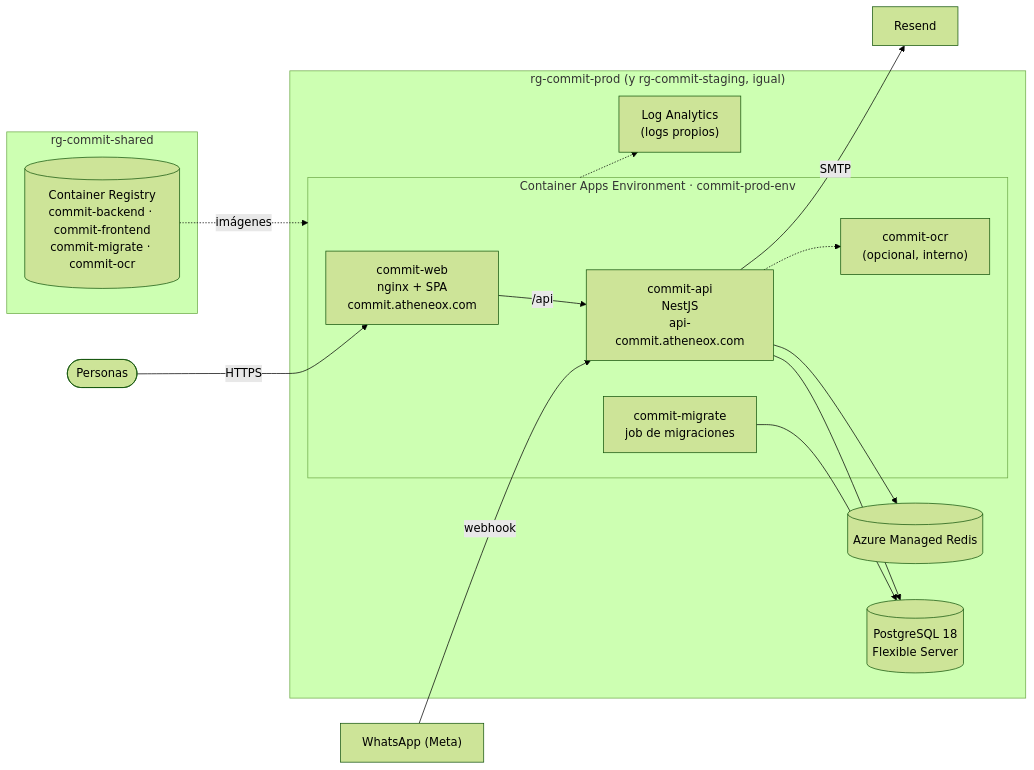
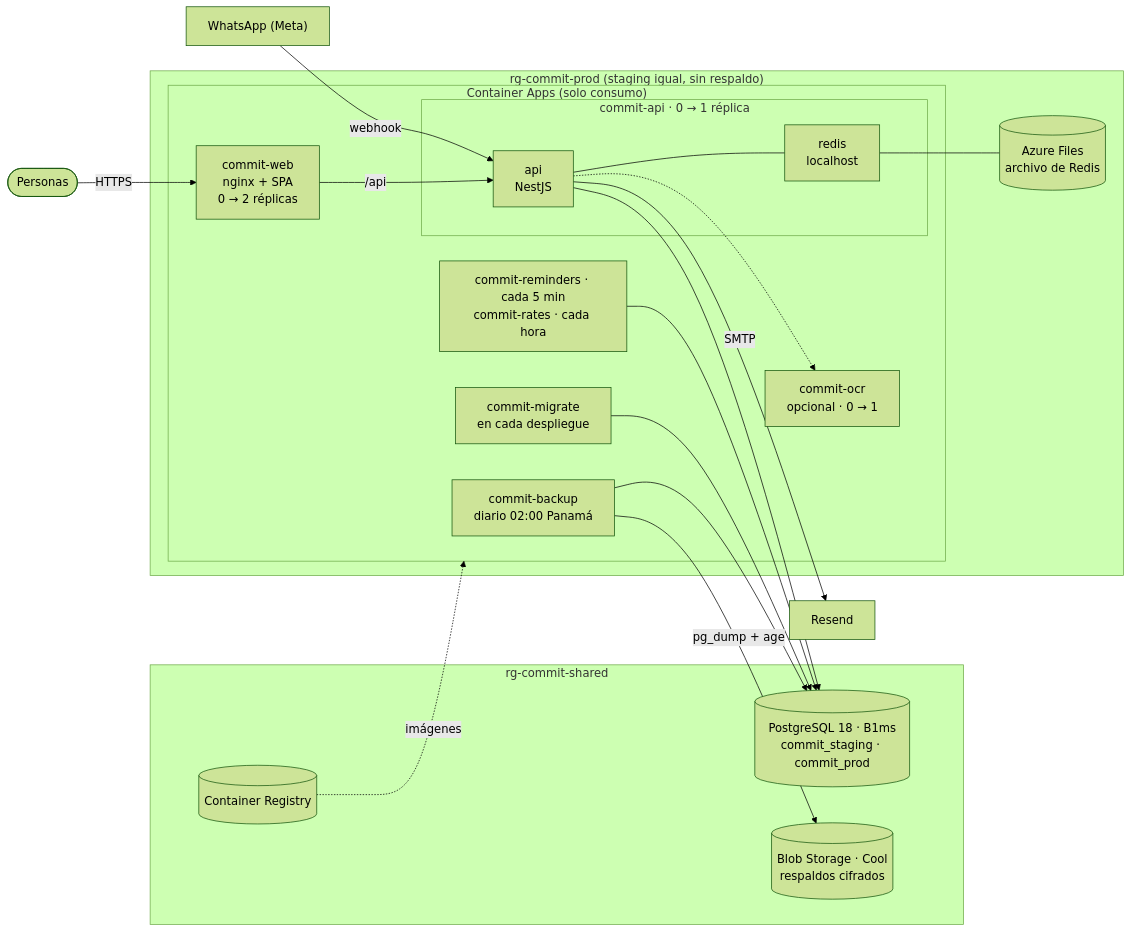
One commit to dotforeach/commit changed the first of 2 diagrams in docs/despliegue-azure.md. Above: the diagram before and after it, drawn with Mermaid (forest theme). The commit also changed other lines of this file and 24 other files, not shown here.

First line of the commit message:
Azure: versión económica bajo demanda con respaldos diarios cifrados

````diff
--- a/docs/despliegue-azure.md
+++ b/docs/despliegue-azure.md
@@ -7,30 +7,38 @@
 ```mermaid
 flowchart LR
     U(["Personas"]) -->|HTTPS| WEB
     META["WhatsApp (Meta)"] -->|webhook| API
 
     subgraph shared["rg-commit-shared"]
-        ACR[("Container Registry<br/>commit-backend · commit-frontend<br/>commit-migrate · commit-ocr")]
+        ACR[("Container Registry")]
+        PG[("PostgreSQL 18 · B1ms<br/>commit_staging · commit_prod")]
+        BAK[("Blob Storage · Cool<br/>respaldos cifrados")]
     end
 
-    subgraph env["rg-commit-prod (y rg-commit-staging, igual)"]
-        subgraph cae["Container Apps Environment · commit-prod-env"]
-            WEB["commit-web<br/>nginx + SPA<br/>commit.atheneox.com"]
-            API["commit-api<br/>NestJS<br/>api-commit.atheneox.com"]
-            OCR["commit-ocr<br/>(opcional, interno)"]
-            JOB["commit-migrate<br/>job de migraciones"]
+    subgraph env["rg-commit-prod (staging igual, sin respaldo)"]
+        subgraph cae["Container Apps (solo consumo)"]
+            WEB["commit-web<br/>nginx + SPA<br/>0 → 2 réplicas"]
+            subgraph apiapp["commit-api · 0 → 1 réplica"]
+                API["api<br/>NestJS"]
+                RD["redis<br/>localhost"]
+            end
+            OCR["commit-ocr<br/>opcional · 0 → 1"]
+            CRON["commit-reminders · cada 5 min<br/>commit-rates · cada hora"]
+            JOB["commit-migrate<br/>en cada despliegue"]
+            BJ["commit-backup<br/>diario 02:00 Panamá"]
         end
-        PG[("PostgreSQL 18<br/>Flexible Server")]
-        RD[("Azure Managed Redis")]
-        LOG["Log Analytics<br/>(logs propios)"]
+        FILES[("Azure Files<br/>archivo de Redis")]
     end
 
     WEB -->|/api| API
+    API --- RD
+    RD --- FILES
     API --> PG
-    API --> RD
     API -.-> OCR
+    CRON --> PG
     JOB --> PG
+    BJ -->|pg_dump + age| BAK
+    BJ --> PG
     ACR -. imágenes .-> cae
-    cae -.-> LOG
     API -->|SMTP| MAIL["Resend"]
 ```
````
